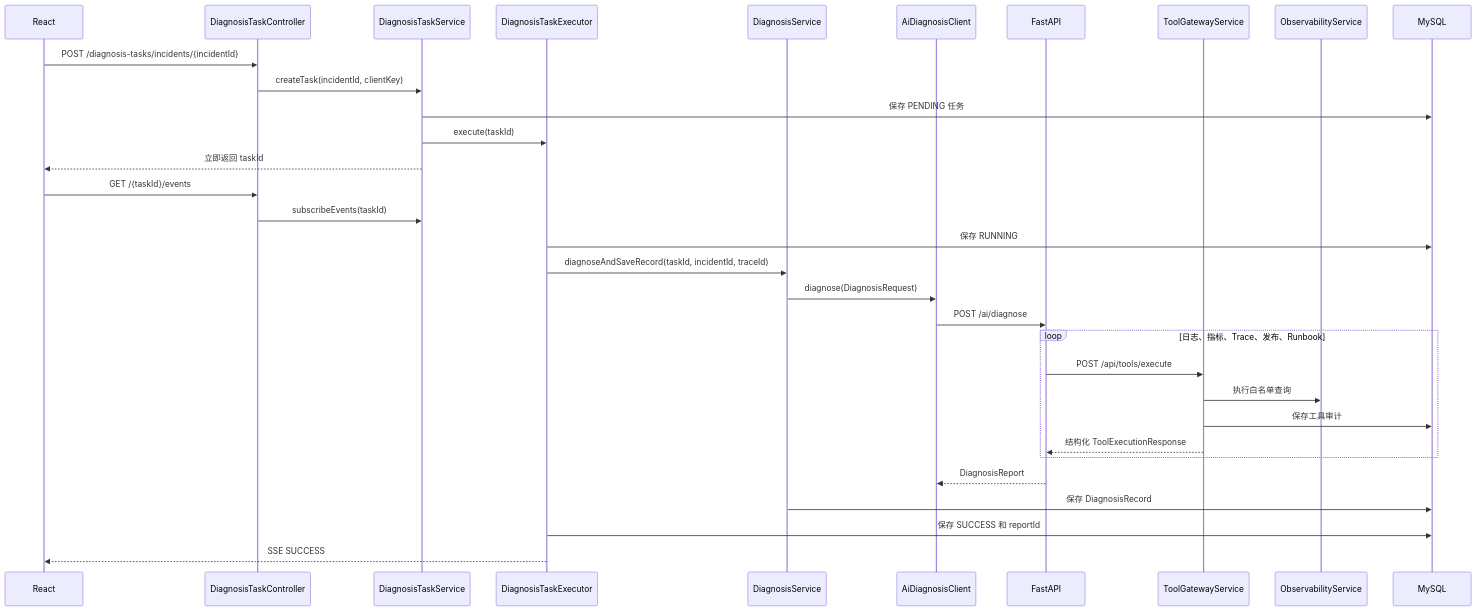
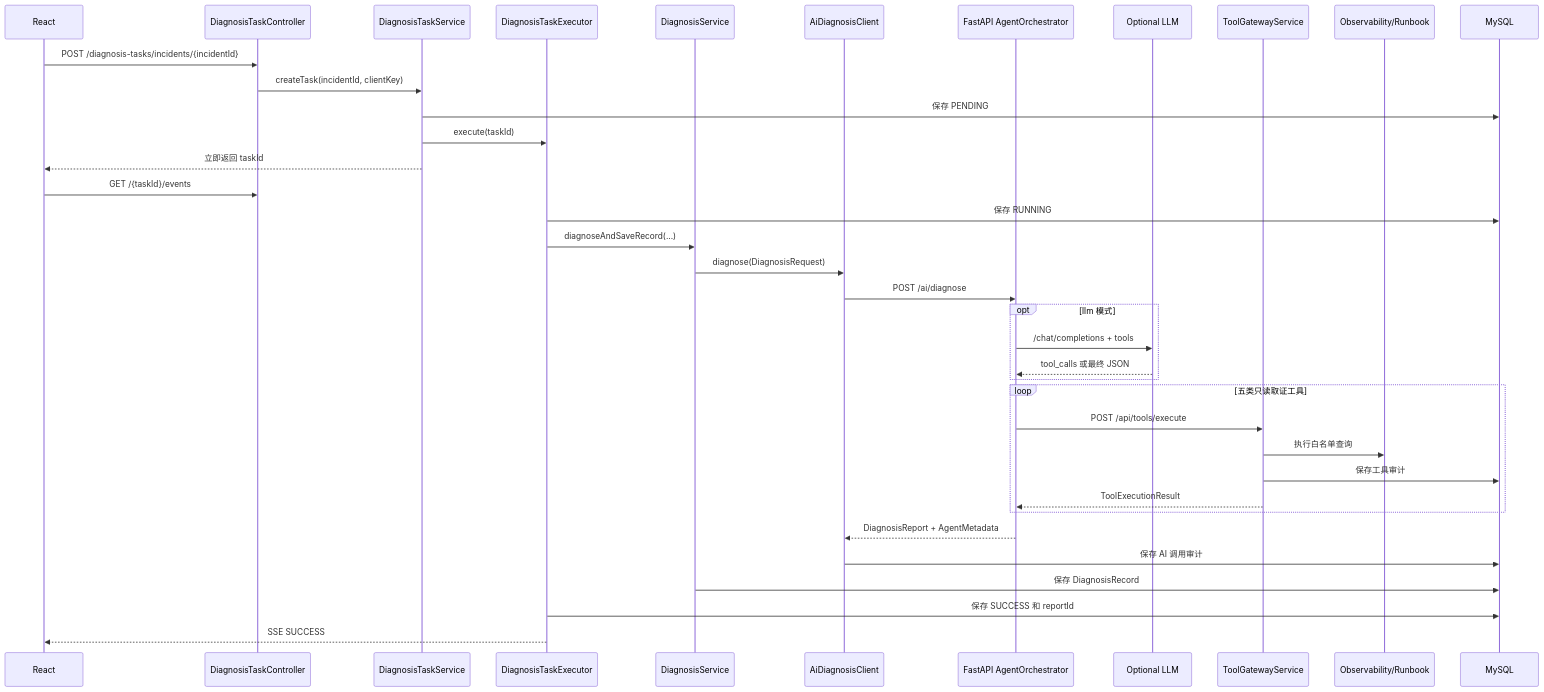
Before and after one commit to Hidingbrass/opsmind-ai: the diagram in docs/06-architecture-and-api.md, drawn with Mermaid. The commit also changed other lines of this file and 60 other files, not shown here.

````diff
--- a/docs/06-architecture-and-api.md
+++ b/docs/06-architecture-and-api.md
@@ -8,35 +11,40 @@
 ```mermaid
 sequenceDiagram
     participant UI as React
     participant TC as DiagnosisTaskController
     participant TS as DiagnosisTaskService
     participant EX as DiagnosisTaskExecutor
     participant DS as DiagnosisService
     participant AC as AiDiagnosisClient
-    participant PY as FastAPI
+    participant PY as FastAPI AgentOrchestrator
+    participant ML as Optional LLM
     participant TG as ToolGatewayService
-    participant OS as ObservabilityService
+    participant OBS as Observability/Runbook
     participant DB as MySQL
 
     UI->>TC: POST /diagnosis-tasks/incidents/{incidentId}
     TC->>TS: createTask(incidentId, clientKey)
-    TS->>DB: 保存 PENDING 任务
+    TS->>DB: 保存 PENDING
     TS->>EX: execute(taskId)
     TS-->>UI: 立即返回 taskId
     UI->>TC: GET /{taskId}/events
-    TC->>TS: subscribeEvents(taskId)
     EX->>DB: 保存 RUNNING
-    EX->>DS: diagnoseAndSaveRecord(taskId, incidentId, traceId)
+    EX->>DS: diagnoseAndSaveRecord(...)
     DS->>AC: diagnose(DiagnosisRequest)
     AC->>PY: POST /ai/diagnose
-    loop 日志、指标、Trace、发布、Runbook
+    opt llm 模式
+        PY->>ML: /chat/completions + tools
+        ML-->>PY: tool_calls 或最终 JSON
+    end
+    loop 五类只读取证工具
         PY->>TG: POST /api/tools/execute
-        TG->>OS: 执行白名单查询
+        TG->>OBS: 执行白名单查询
         TG->>DB: 保存工具审计
-        TG-->>PY: 结构化 ToolExecutionResponse
+        TG-->>PY: ToolExecutionResult
     end
-    PY-->>AC: DiagnosisReport
+    PY-->>AC: DiagnosisReport + AgentMetadata
+    AC->>DB: 保存 AI 调用审计
     DS->>DB: 保存 DiagnosisRecord
     EX->>DB: 保存 SUCCESS 和 reportId
     EX-->>UI: SSE SUCCESS
 ```
````
